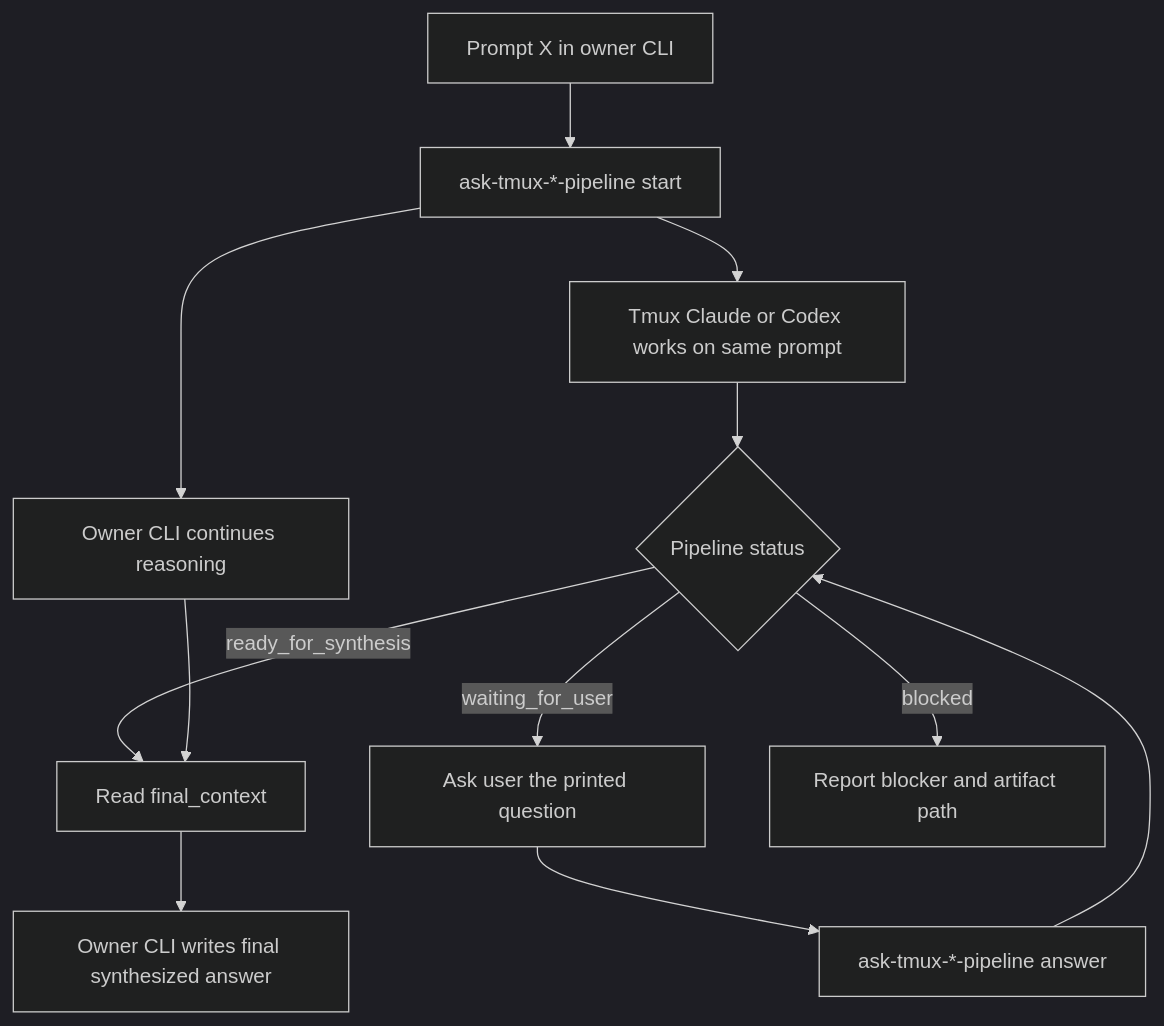
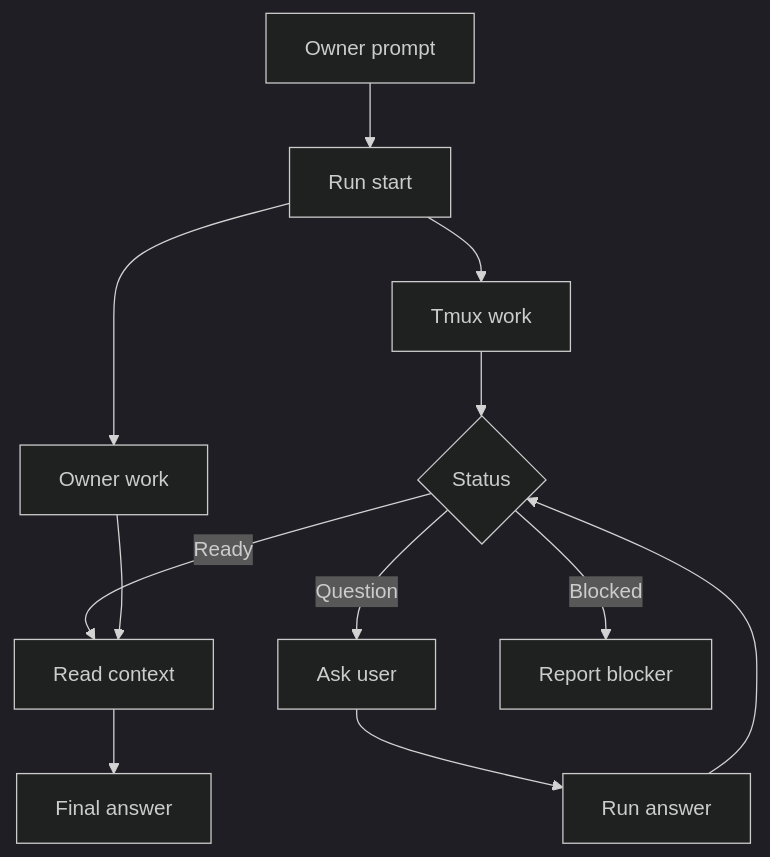
The third of 7 diagrams in README.md (TrailblazerSR/ask-tmux-pipeline), drawn with Mermaid (dark theme) before and after one commit. The commit also changed other lines of this file, not shown here.

First line of the commit message:
Make README flowcharts render without clipped labels

````diff
--- a/README.md
+++ b/README.md
@@ -126,14 +134,17 @@
 ```mermaid
 flowchart TD
-  A[Prompt X in owner CLI] --> B[ask-tmux-*-pipeline start]
-  B --> C[Tmux Claude or Codex works on same prompt]
-  B --> D[Owner CLI continues reasoning]
-  C --> E{Pipeline status}
-  E -->|ready_for_synthesis| F[Read final_context]
-  E -->|waiting_for_user| G[Ask user the printed question]
-  E -->|blocked| H[Report blocker and artifact path]
-  G --> I[ask-tmux-*-pipeline answer]
-  I --> E
-  D --> F
-  F --> J[Owner CLI writes final synthesized answer]
+    accTitle: Same Prompt Synthesis
+    accDescr: Same-prompt flow where the owner CLI and a tmux CLI work in parallel, then the owner synthesizes the final answer
+
+    owner_prompt[Owner prompt] --> start_pipeline[Run start]
+    start_pipeline --> tmux_work[Tmux work]
+    start_pipeline --> owner_work[Owner work]
+    tmux_work --> status_check{Status}
+    status_check -->|Ready| read_context[Read context]
+    status_check -->|Question| ask_user[Ask user]
+    status_check -->|Blocked| report_blocker[Report blocker]
+    ask_user --> send_answer[Run answer]
+    send_answer --> status_check
+    owner_work --> read_context
+    read_context --> final_answer[Final answer]
 ```
````
